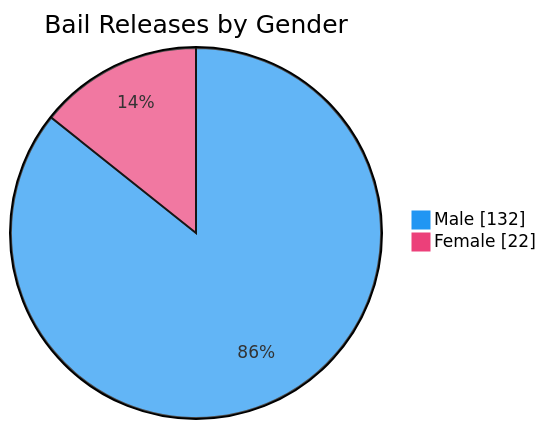
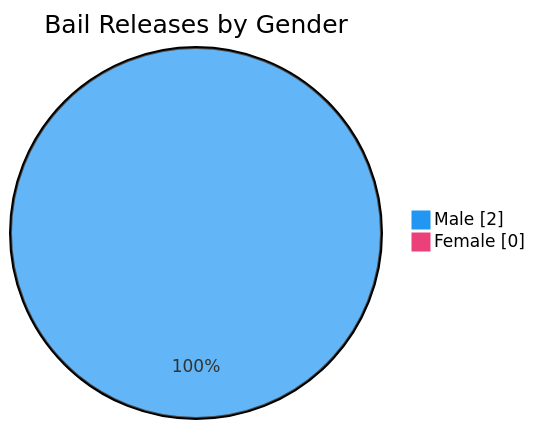
One commit to nuuuwan/lk_prisons changed the seventh of 7 diagrams in README.md. Above: the diagram before and after it, drawn with Mermaid. The commit also changed other lines of this file and 1 other file, not shown here.

````diff
--- a/README.md
+++ b/README.md
@@ -109,6 +109,6 @@
 ```mermaid
 %%{init: {'themeVariables': {'pie1': '#2196F3', 'pie2': '#EC407A'}}}%%
 pie showData title Bail Releases by Gender
-    "Male" : 132
-    "Female" : 22
+    "Male" : 2
+    "Female" : 0
 ```
````
